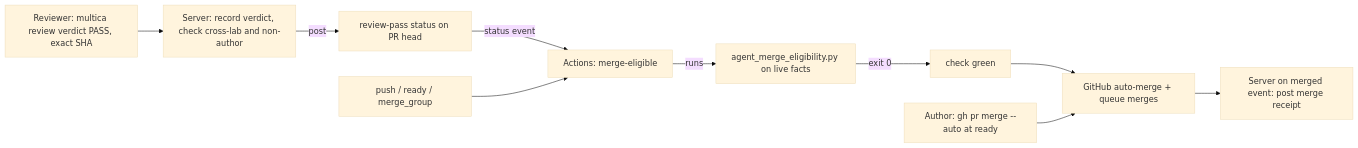
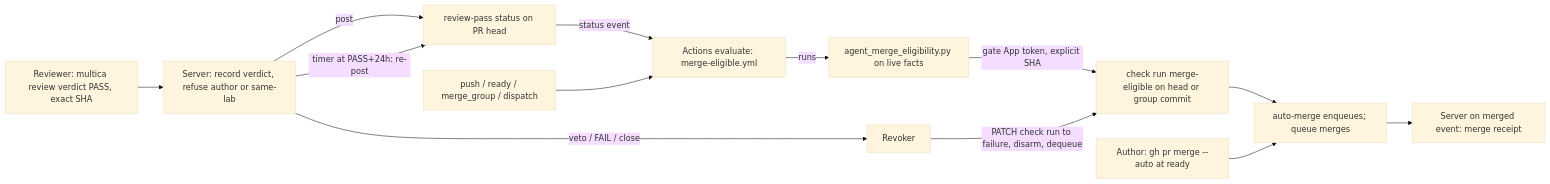
The diagram in docs/plans/CHE-5314-review-pass-auto-merge.md (cheese-work/multica), drawn with Mermaid (base theme) before and after one commit. The commit also changed other lines of this file, not shown here.

````diff
--- a/docs/plans/CHE-5314-review-pass-auto-merge.md
+++ b/docs/plans/CHE-5314-review-pass-auto-merge.md
@@ -36,12 +38,15 @@
 ```mermaid
 flowchart LR
-  R[Reviewer: multica review verdict PASS, exact SHA] --> S[Server: record verdict, check cross-lab and non-author]
+  R[Reviewer: multica review verdict PASS, exact SHA] --> S[Server: record verdict, refuse author or same-lab]
   S -->|post| RP[review-pass status on PR head]
-  RP -->|status event| ME[Actions: merge-eligible]
-  PU[push / ready / merge_group] --> ME
-  ME -->|runs| EL[agent_merge_eligibility.py on live facts]
-  EL -->|exit 0| G[check green]
-  G --> AM[GitHub auto-merge + queue merges]
+  S -->|timer at PASS+24h: re-post| RP
+  RP -->|status event| EV[Actions evaluate: merge-eligible.yml]
+  PU[push / ready / merge_group / dispatch] --> EV
+  EV -->|runs| EL[agent_merge_eligibility.py on live facts]
+  EL -->|gate App token, explicit SHA| CR[check run merge-eligible on head or group commit]
+  CR --> AM[auto-merge enqueues; queue merges]
   A[Author: gh pr merge --auto at ready] --> AM
-  AM --> MR[Server on merged event: post merge receipt]
+  S -->|veto / FAIL / close| RV[Revoker]
+  RV -->|PATCH check run to failure, disarm, dequeue| CR
+  AM --> MR[Server on merged event: merge receipt]
 ```
````
